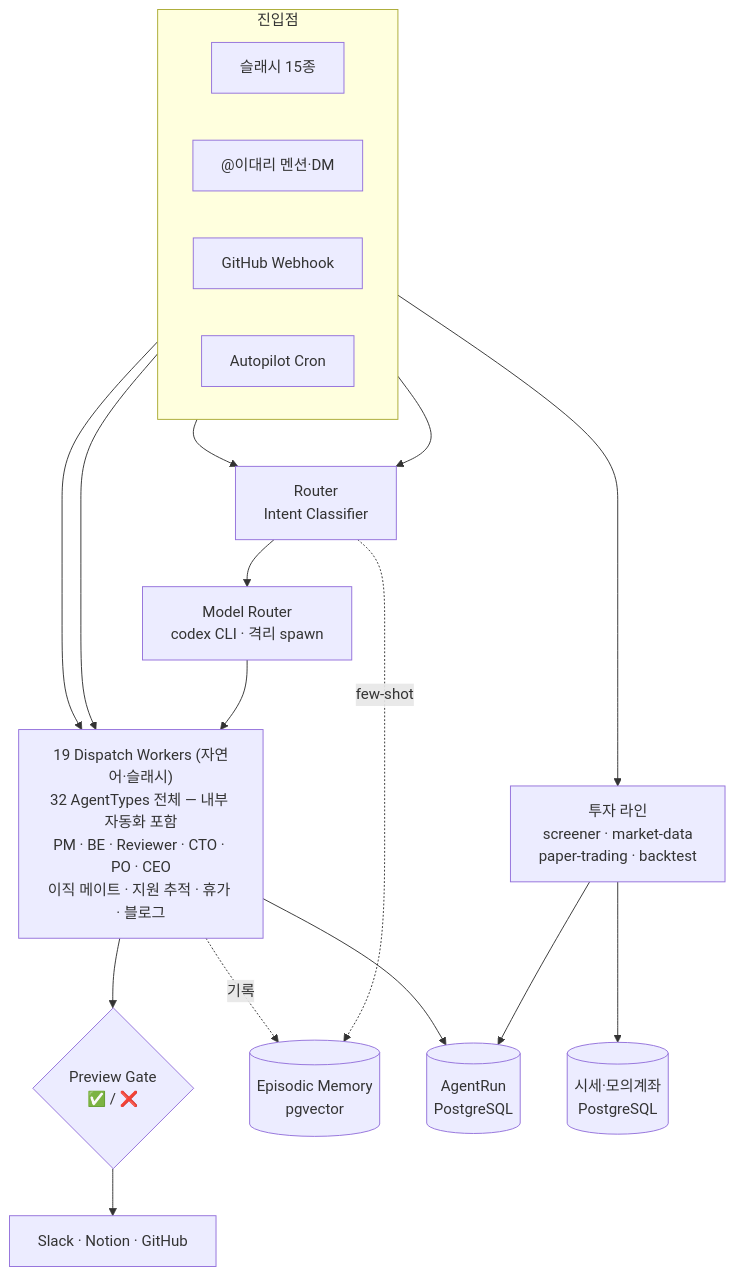
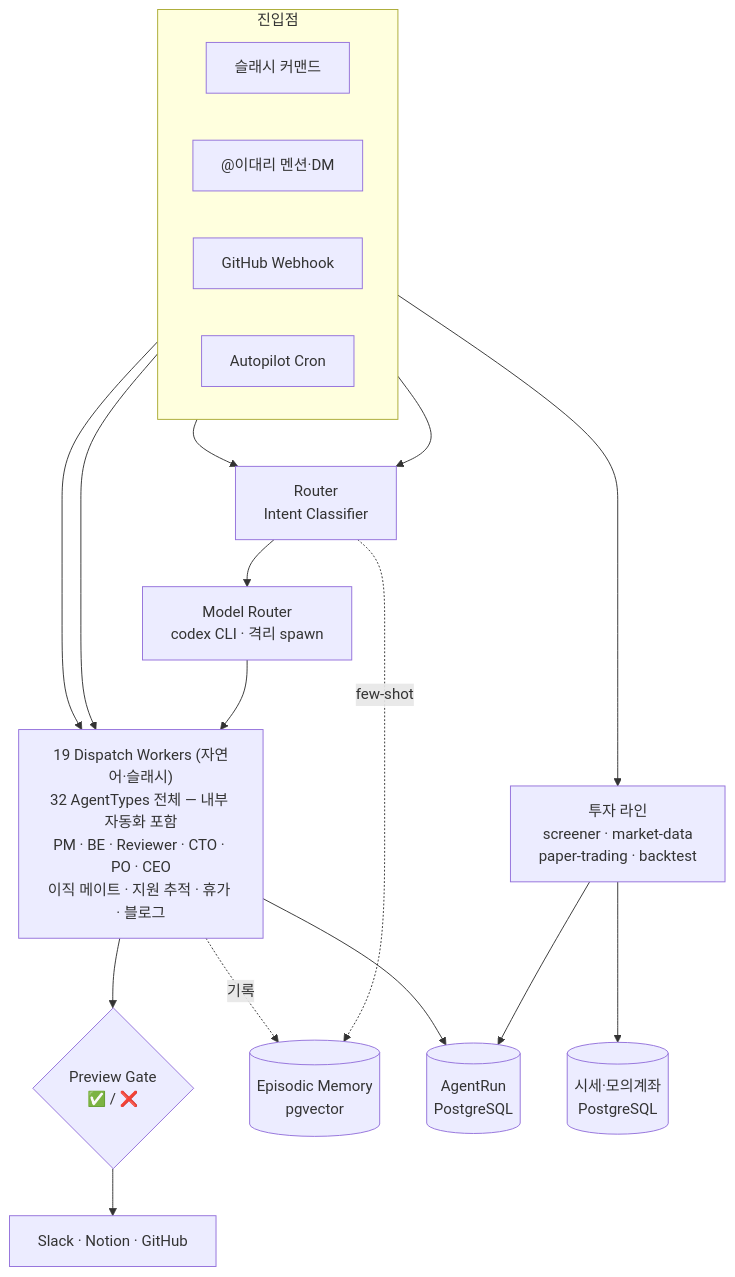
Before and after one commit to JSL107/personal_agents: the diagram in README.md, drawn with Mermaid. The commit also changed other lines of this file, not shown here.

````diff
--- a/README.md
+++ b/README.md
@@ -43,33 +43,33 @@
 ```mermaid
 flowchart TD
     subgraph IN["진입점"]
         direction LR
-        S["슬래시 15종"]
+        S["슬래시 커맨드"]
         M["@이대리 멘션·DM"]
         W["GitHub Webhook"]
         C["Autopilot Cron"]
     end
 
     R["Router<br/>Intent Classifier"]
     MR["Model Router<br/>codex CLI · 격리 spawn"]
     WK["19 Dispatch Workers (자연어·슬래시)<br/>32 AgentTypes 전체 — 내부 자동화 포함<br/>PM · BE · Reviewer · CTO · PO · CEO<br/>이직 메이트 · 지원 추적 · 휴가 · 블로그"]
     IV["투자 라인<br/>screener · market-data<br/>paper-trading · backtest"]
     PG{"Preview Gate<br/>✅ / ❌"}
     EXT["Slack · Notion · GitHub"]
     EM[("Episodic Memory<br/>pgvector")]
     AR[("AgentRun<br/>PostgreSQL")]
     MD[("시세·모의계좌<br/>PostgreSQL")]
 
     S --> R
     M --> R
     R -. few-shot .-> EM
     R --> MR --> WK
     W --> WK
     C --> WK
     C --> IV
     IV --> MD
     IV --> AR
     WK --> PG --> EXT
     WK --> AR
     WK -. 기록 .-> EM
 ```
````
